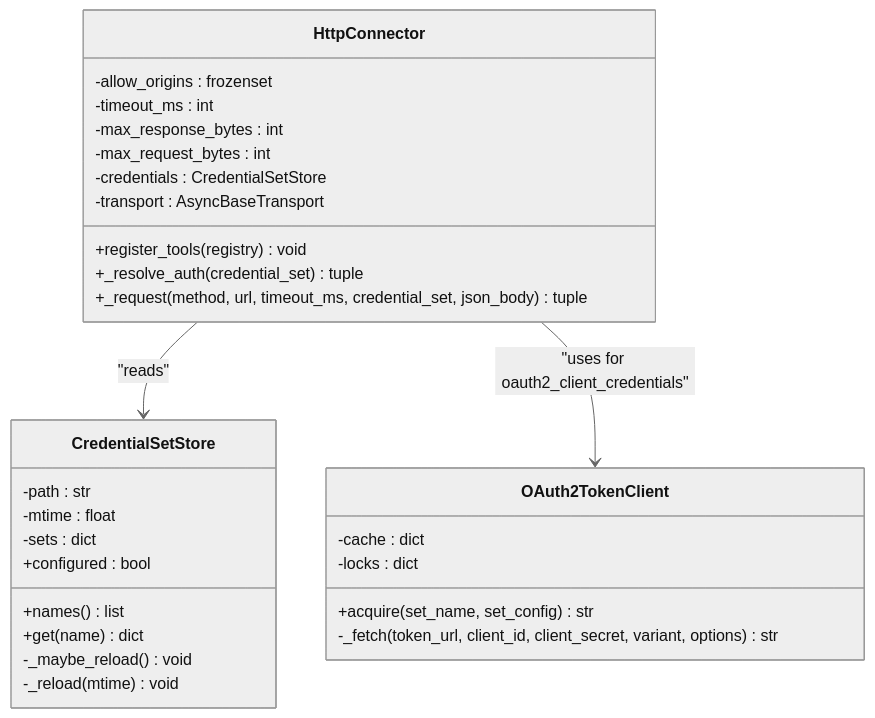
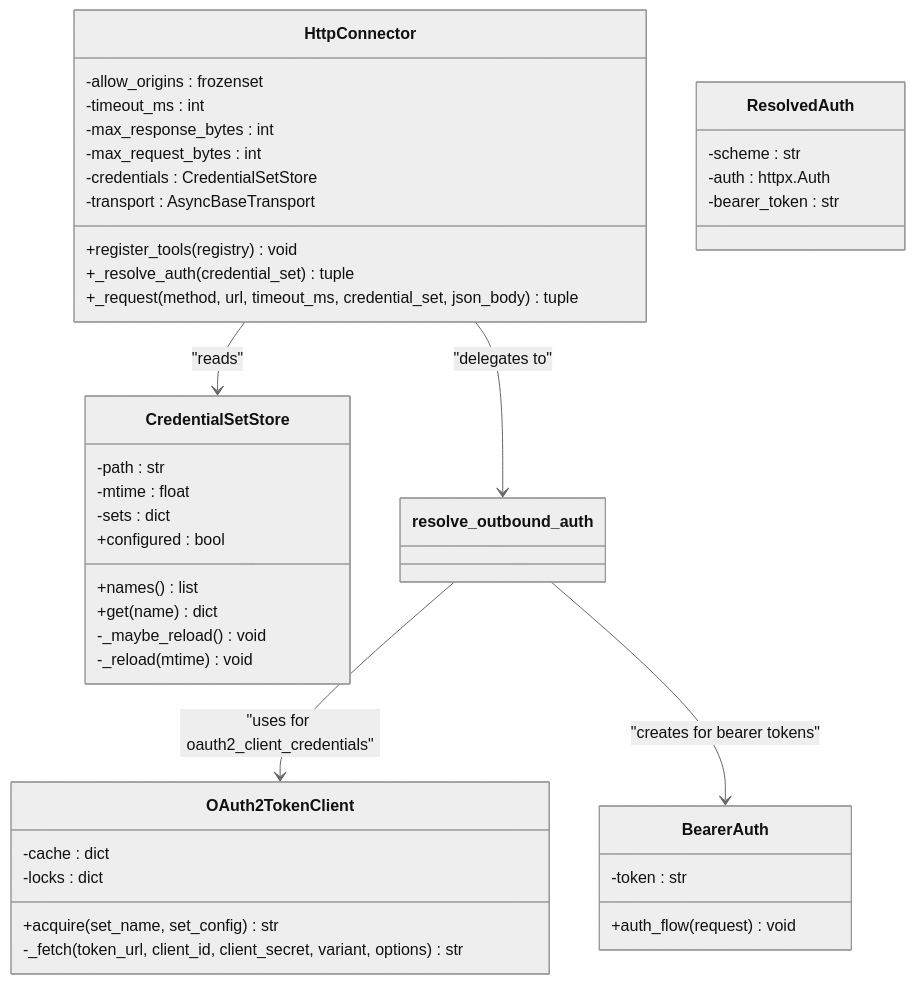
One commit to alainlei/luban-aiops changed the fifth of 6 diagrams in .qoder/repowiki/en/content/Shared Contracts/SPEC-068_ Outbound Execution-Credential Schemes Substrate.md. Above: the diagram before and after it, drawn with Mermaid (neutral theme). The commit also changed other lines of this file and 93 other files, not shown here.

````diff
--- a/.qoder/repowiki/en/content/Shared Contracts/SPEC-068_ Outbound Execution-Credential Schemes Substrate.md
+++ b/.qoder/repowiki/en/content/Shared Contracts/SPEC-068_ Outbound Execution-Credential Schemes Substrate.md
@@ -220,32 +249,43 @@
 ```mermaid
 classDiagram
 class HttpConnector {
 -allow_origins : frozenset
 -timeout_ms : int
 -max_response_bytes : int
 -max_request_bytes : int
 -credentials : CredentialSetStore
 -transport : AsyncBaseTransport
 +register_tools(registry) void
 +_resolve_auth(credential_set) tuple
 +_request(method, url, timeout_ms, credential_set, json_body) tuple
 }
 class CredentialSetStore {
 -path : str
 -mtime : float
 -sets : dict
 +configured : bool
 +names() list
 +get(name) dict
 -_maybe_reload() void
 -_reload(mtime) void
 }
 class OAuth2TokenClient {
 -cache : dict
 -locks : dict
 +acquire(set_name, set_config) str
 -_fetch(token_url, client_id, client_secret, variant, options) str
 }
+class ResolvedAuth {
+-scheme : str
+-auth : httpx.Auth
+-bearer_token : str
+}
+class BearerAuth {
+-token : str
++auth_flow(request) void
+}
 HttpConnector --> CredentialSetStore : "reads"
-HttpConnector --> OAuth2TokenClient : "uses for oauth2_client_credentials"
+HttpConnector --> resolve_outbound_auth : "delegates to"
+resolve_outbound_auth --> OAuth2TokenClient : "uses for oauth2_client_credentials"
+resolve_outbound_auth --> BearerAuth : "creates for bearer tokens"
 ```
````
